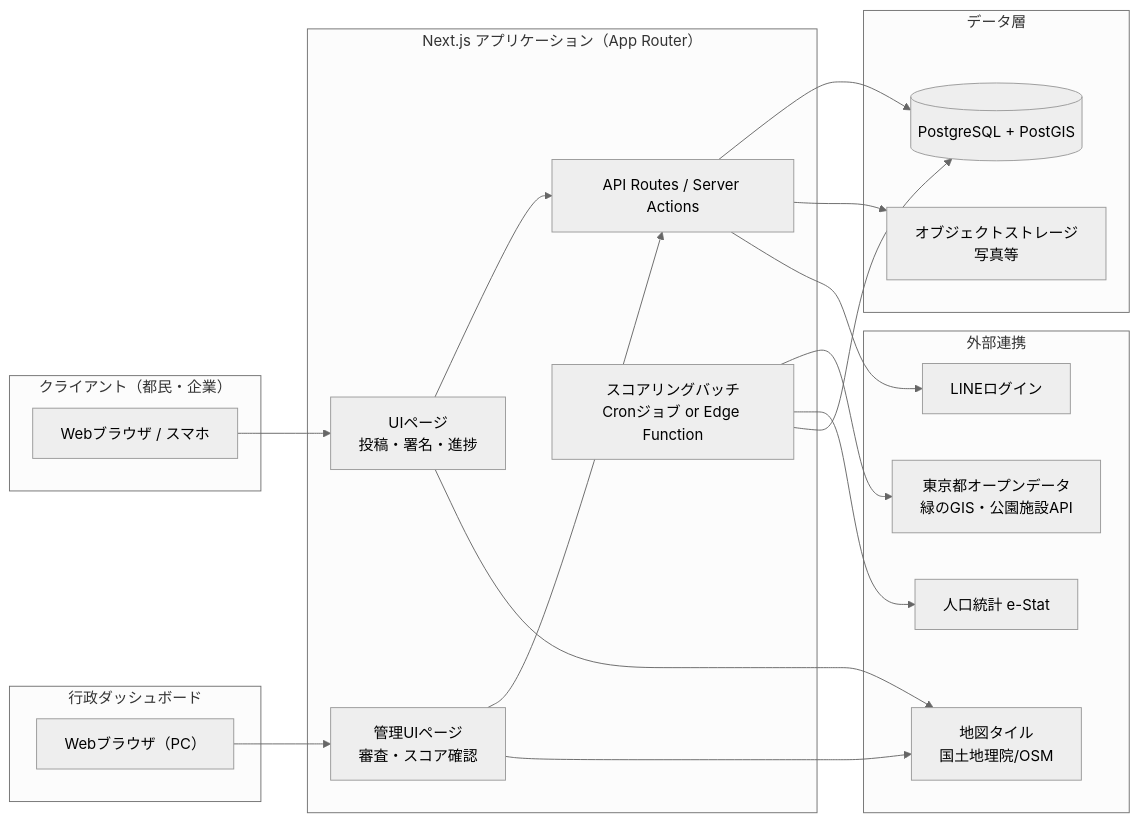
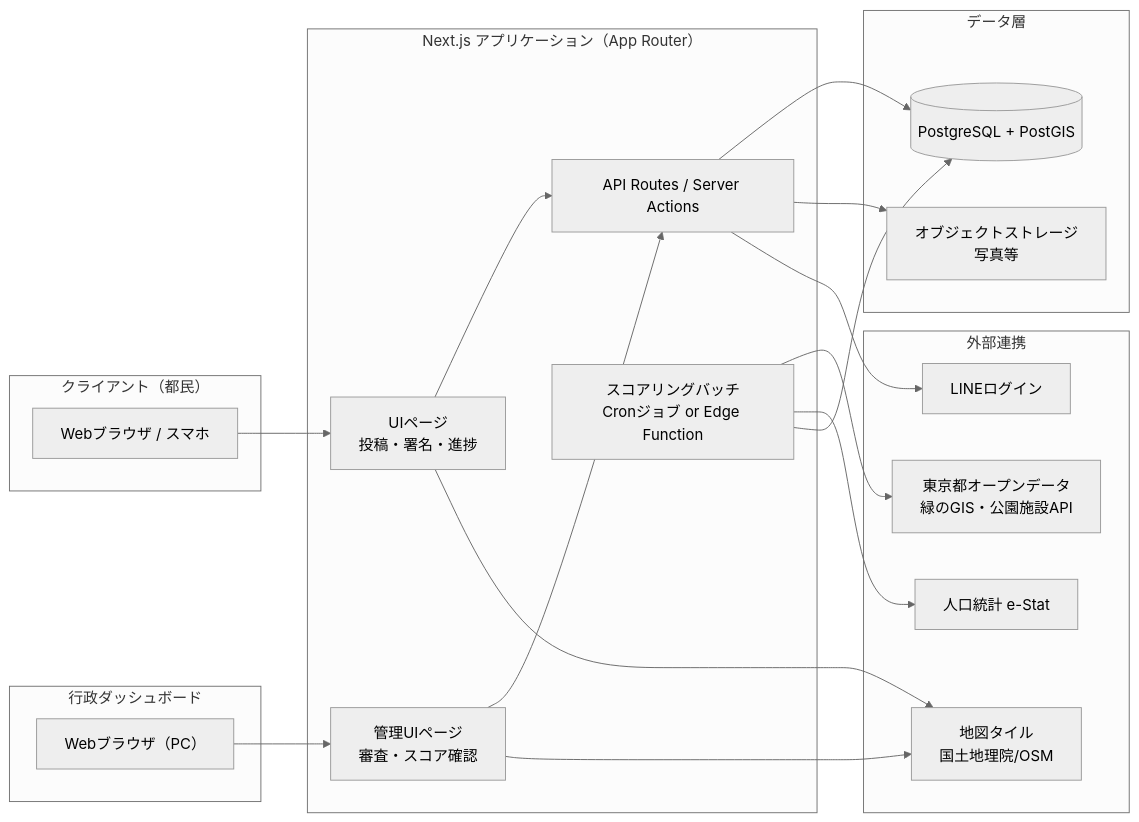
One commit to yusei-onodera-ac/GreenBois changed the diagram in docs/04-architecture.md. Above: the diagram before and after it, drawn with Mermaid (neutral theme). The commit also changed other lines of this file and 62 other files, not shown here.

````diff
--- a/docs/04-architecture.md
+++ b/docs/04-architecture.md
@@ -7,38 +7,38 @@
 ```mermaid
 flowchart LR
-    subgraph Client["クライアント（都民・企業）"]
+    subgraph Client["クライアント（都民）"]
         A[Webブラウザ / スマホ]
     end
     subgraph AdminClient["行政ダッシュボード"]
         B[Webブラウザ（PC）]
     end
     subgraph App["Next.js アプリケーション（App Router）"]
         C[UIページ<br/>投稿・署名・進捗]
         D[管理UIページ<br/>審査・スコア確認]
         E[API Routes / Server Actions]
         F[スコアリングバッチ<br/>Cronジョブ or Edge Function]
     end
     subgraph Data["データ層"]
         G[(PostgreSQL + PostGIS)]
         H[オブジェクトストレージ<br/>写真等]
     end
     subgraph External["外部連携"]
         I[東京都オープンデータ<br/>緑のGIS・公園施設API]
         J[LINEログイン]
         K[地図タイル<br/>国土地理院/OSM]
         L[人口統計 e-Stat]
     end
 
     A --> C
     B --> D
     C --> E
     D --> E
     E --> G
     E --> H
     E --> J
     F --> I
     F --> L
     F --> G
     C --> K
     D --> K
 ```
````
